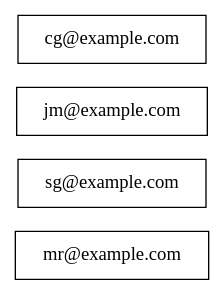
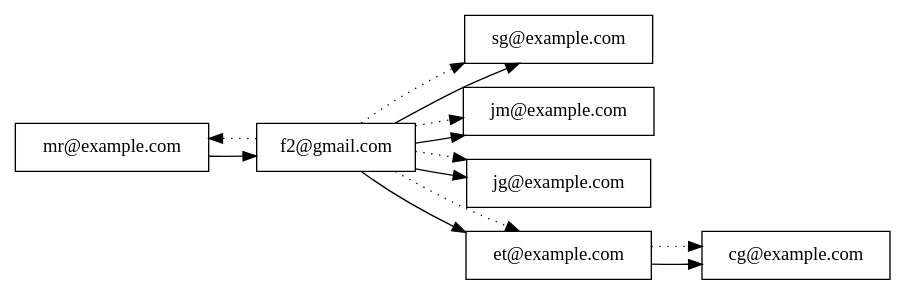
The diagram in Fase3/main/build/Desktop_Qt_6_7_2_MinGW_64_bit-Debug/ListaAdyacencia.dot (Kevin-alvarez1/PROYECTO_MULTIFASES_RED_SOCIAL), drawn with Graphviz before and after one commit. The commit also changed 70 other files, not shown here.

```diff
--- a/Fase3/main/build/Desktop_Qt_6_7_2_MinGW_64_bit-Debug/ListaAdyacencia.dot
+++ b/Fase3/main/build/Desktop_Qt_6_7_2_MinGW_64_bit-Debug/ListaAdyacencia.dot
@@ -1,11 +1,26 @@
 digraph G {
 rankdir=LR;
 "mr@example.com" [shape=box];
+"f2@gmail.com" [shape=box];
 "sg@example.com" [shape=box];
 "jm@example.com" [shape=box];
+"jg@example.com" [shape=box];
+"et@example.com" [shape=box];
 "cg@example.com" [shape=box];
 
 // Conexiones de amistad
+"mr@example.com" -> "f2@gmail.com";
+"f2@gmail.com" -> "sg@example.com";
+"f2@gmail.com" -> "jm@example.com";
+"f2@gmail.com" -> "jg@example.com";
+"f2@gmail.com" -> "et@example.com";
+"et@example.com" -> "cg@example.com";
 
 // Recomendaciones
+"f2@gmail.com" -> "sg@example.com" [style=dotted];
+"f2@gmail.com" -> "jm@example.com" [style=dotted];
+"f2@gmail.com" -> "jg@example.com" [style=dotted];
+"f2@gmail.com" -> "et@example.com" [style=dotted];
+"et@example.com" -> "cg@example.com" [style=dotted];
+"f2@gmail.com" -> "mr@example.com" [style=dotted];
 }
```
